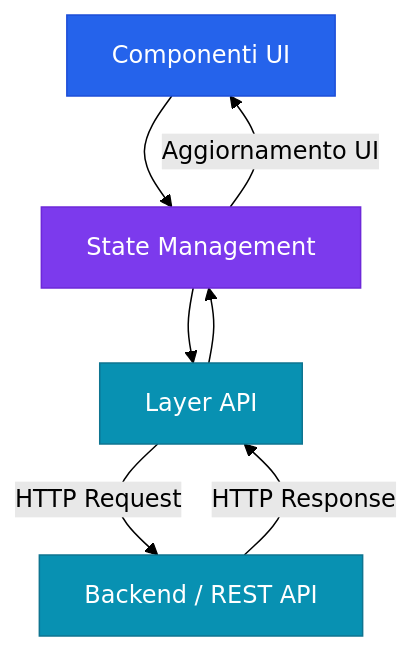
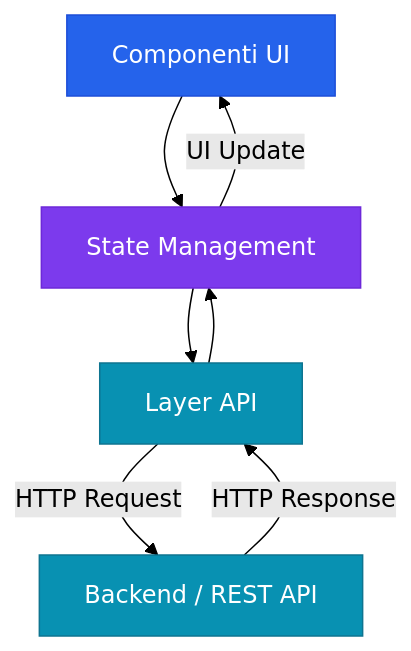
One commit to leosalazar97/leosalazar97 changed the first of 5 diagrams in README.md. Above: the diagram before and after it, drawn with Mermaid (forest theme). The commit also changed other lines of this file, not shown here.

````diff
--- a/README.md
+++ b/README.md
@@ -98,16 +98,16 @@
 ```mermaid
 flowchart TD
     A[Componenti UI] --> B[State Management]
     B --> C[Layer API]
     C -->|HTTP Request| D[Backend / REST API]
     D -->|HTTP Response| C
     C --> B
-    B -->|Aggiornamento UI| A
+    B -->|UI Update| A
 
     classDef frontend fill:#2563eb,color:#fff,stroke:#1d4ed8
     classDef state fill:#7c3aed,color:#fff,stroke:#6d28d9
     classDef api fill:#0891b2,color:#fff,stroke:#0e7490
     class A frontend
     class B state
     class C,D api
 ```
````
